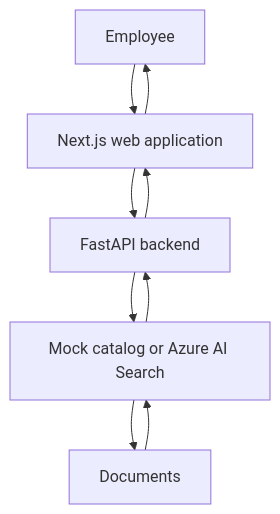
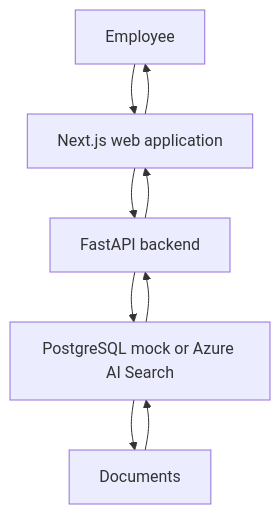
One commit to newaigen32/healthcare changed the first of 2 diagrams in docs/architecture.md. Above: the diagram before and after it, drawn with Mermaid. The commit also changed other lines of this file and 22 other files, not shown here.

First line of the commit message:
Add PostgreSQL as the local search data source.

````diff
--- a/docs/architecture.md
+++ b/docs/architecture.md
@@ -7,17 +7,17 @@
 ```mermaid
 flowchart TD
   employee[Employee]
   web[Next.js web application]
   api[FastAPI backend]
-  search[Mock catalog or Azure AI Search]
+  search[PostgreSQL mock or Azure AI Search]
   docs[Documents]
 
   employee --> web
   web --> api
   api --> search
   search --> docs
   docs --> search
   search --> api
   api --> web
   web --> employee
 ```
````
